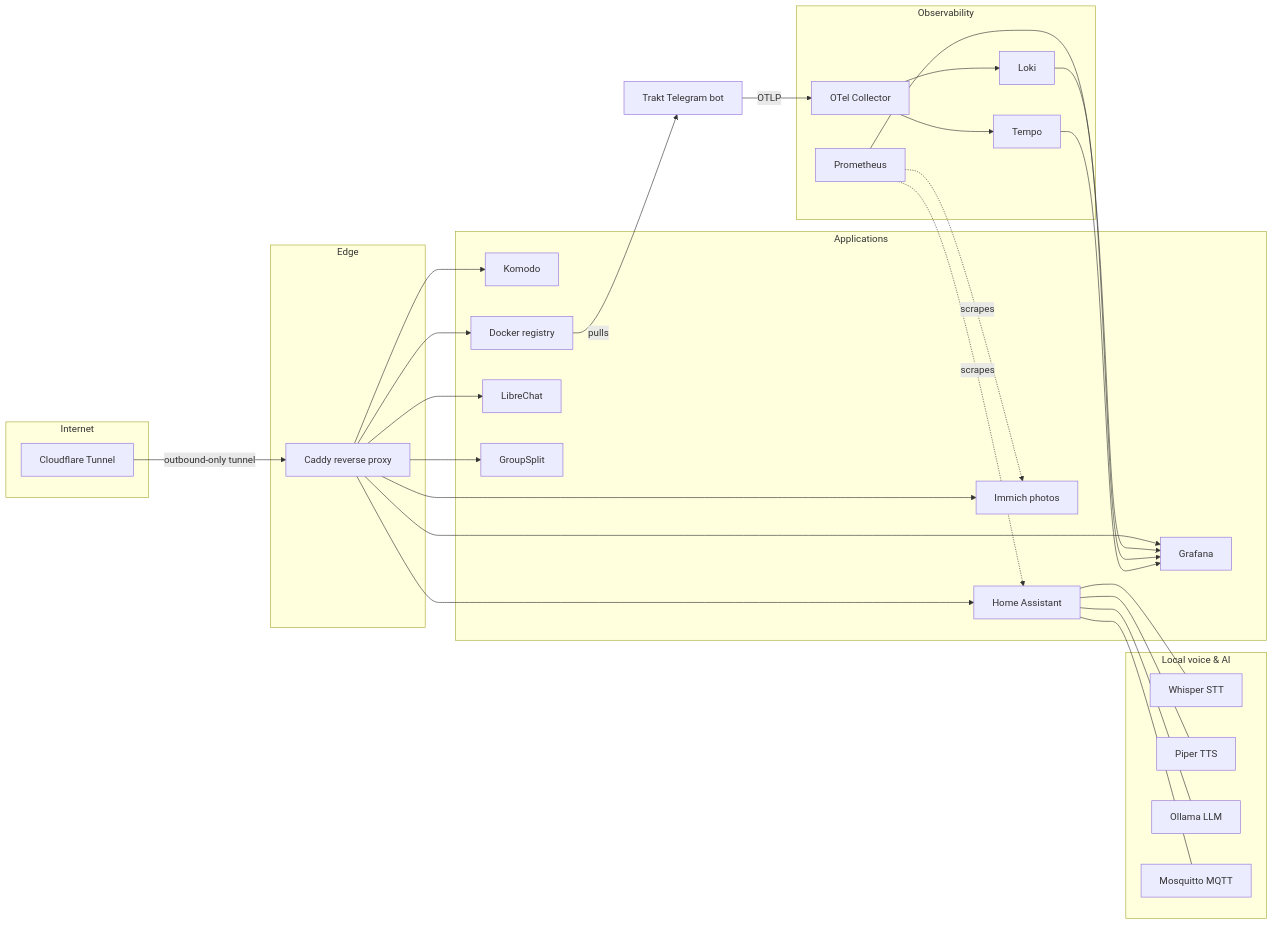
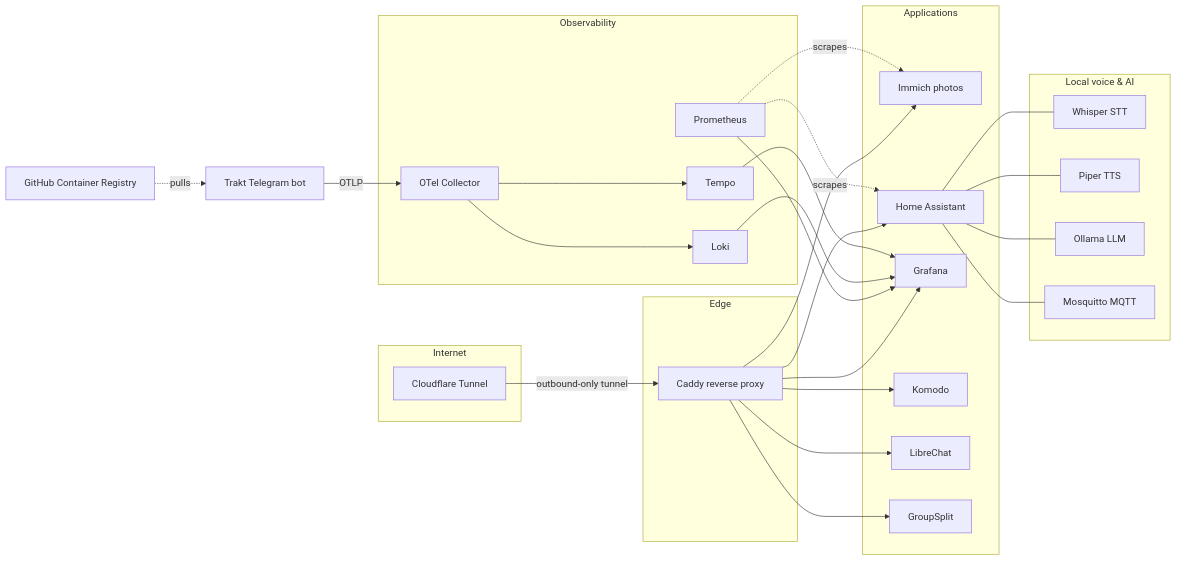
One commit to lorainemg/homelab changed the diagram in README.md. Above: the diagram before and after it, drawn with Mermaid. The commit also changed other lines of this file and 8 other files, not shown here.

First line of the commit message:
move the images to ghcr and retire the home registry (#12)

````diff
--- a/README.md
+++ b/README.md
@@ -22,59 +22,57 @@
 ```mermaid
 flowchart LR
     subgraph internet[Internet]
         CF[Cloudflare Tunnel]
     end
 
     subgraph edge[Edge]
         CADDY[Caddy reverse proxy]
     end
 
     CF -->|outbound-only tunnel| CADDY
 
     subgraph apps[Applications]
         IMMICH[Immich photos]
         HA[Home Assistant]
         GRAFANA[Grafana]
         KOMODO[Komodo]
-        REGISTRY[Docker registry]
         LIBRECHAT[LibreChat]
         GROUPSPLIT[GroupSplit]
     end
 
     CADDY --> IMMICH
     CADDY --> HA
     CADDY --> GRAFANA
     CADDY --> KOMODO
-    CADDY --> REGISTRY
     CADDY --> LIBRECHAT
     CADDY --> GROUPSPLIT
 
     subgraph voice[Local voice & AI]
         WHISPER[Whisper STT]
         PIPER[Piper TTS]
         OLLAMA[Ollama LLM]
         MQTT[Mosquitto MQTT]
     end
 
     HA --- WHISPER
     HA --- PIPER
     HA --- OLLAMA
     HA --- MQTT
 
     subgraph obs[Observability]
         PROM[Prometheus]
         LOKI[Loki]
         TEMPO[Tempo]
         OTEL[OTel Collector]
     end
 
     BOT[Trakt Telegram bot] -->|OTLP| OTEL
     OTEL --> TEMPO
     OTEL --> LOKI
     PROM --> GRAFANA
     LOKI --> GRAFANA
     TEMPO --> GRAFANA
     PROM -.scrapes.-> HA
     PROM -.scrapes.-> IMMICH
-    REGISTRY -->|pulls| BOT
+    GHCR[GitHub Container Registry] -.pulls.-> BOT
 ```
````
